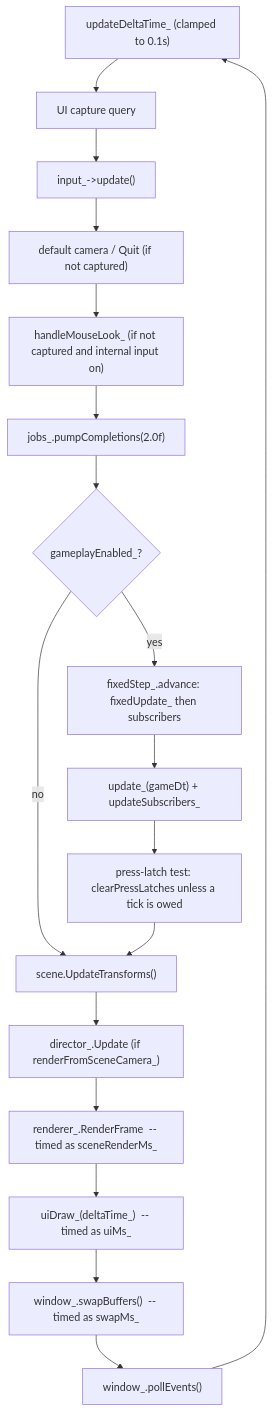
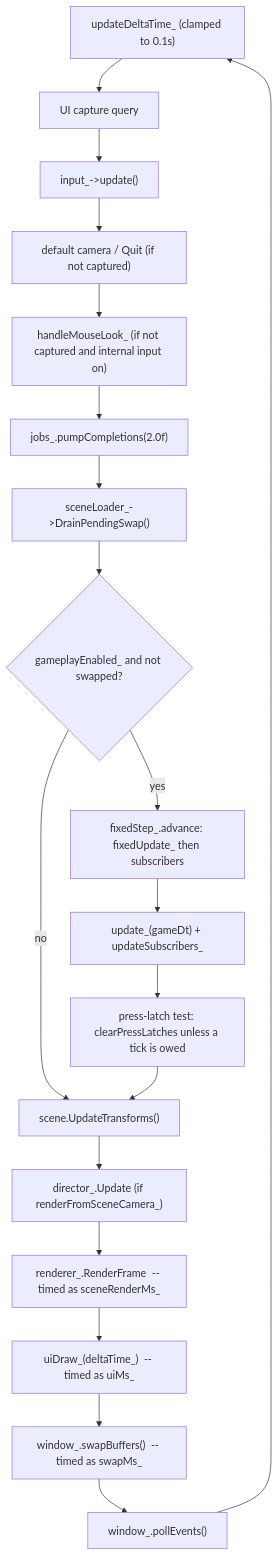
Before and after one commit to hisham-CSS/GameEngineFramework: the diagram in docs/manual/architecture.md, drawn with Mermaid. The commit also changed other lines of this file and 14 other files, not shown here.

First line of the commit message:
Scene: promote the swap contract into the engine, and wire both hosts

````diff
--- a/docs/manual/architecture.md
+++ b/docs/manual/architecture.md
@@ -173,20 +173,21 @@
 ```mermaid
 flowchart TD
     A["updateDeltaTime_ (clamped to 0.1s)"] --> B["UI capture query"]
     B --> C["input_->update()"]
     C --> D["default camera / Quit (if not captured)"]
     D --> E["handleMouseLook_ (if not captured and internal input on)"]
     E --> F["jobs_.pumpCompletions(2.0f)"]
-    F --> G{"gameplayEnabled_?"}
+    F --> F2["sceneLoader_->DrainPendingSwap()"]
+    F2 --> G{"gameplayEnabled_ and not swapped?"}
     G -- yes --> H["fixedStep_.advance: fixedUpdate_ then subscribers"]
     H --> I["update_(gameDt) + updateSubscribers_"]
     G -- no --> J
     I --> P["press-latch test: clearPressLatches unless a tick is owed"]
     P --> J["scene.UpdateTransforms()"]
     J --> K["director_.Update (if renderFromSceneCamera_)"]
     K --> L["renderer_.RenderFrame  -- timed as sceneRenderMs_"]
     L --> M["uiDraw_(deltaTime_)  -- timed as uiMs_"]
     M --> N["window_.swapBuffers()  -- timed as swapMs_"]
     N --> O["window_.pollEvents()"]
     O --> A
 ```
````
